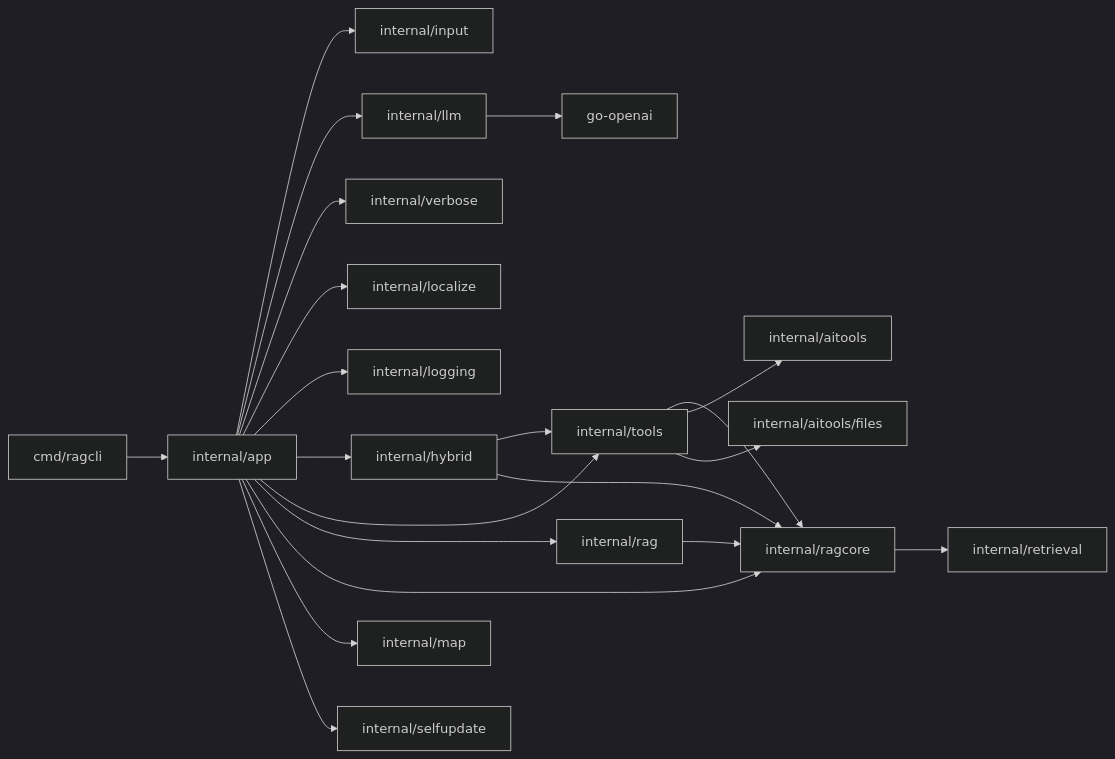
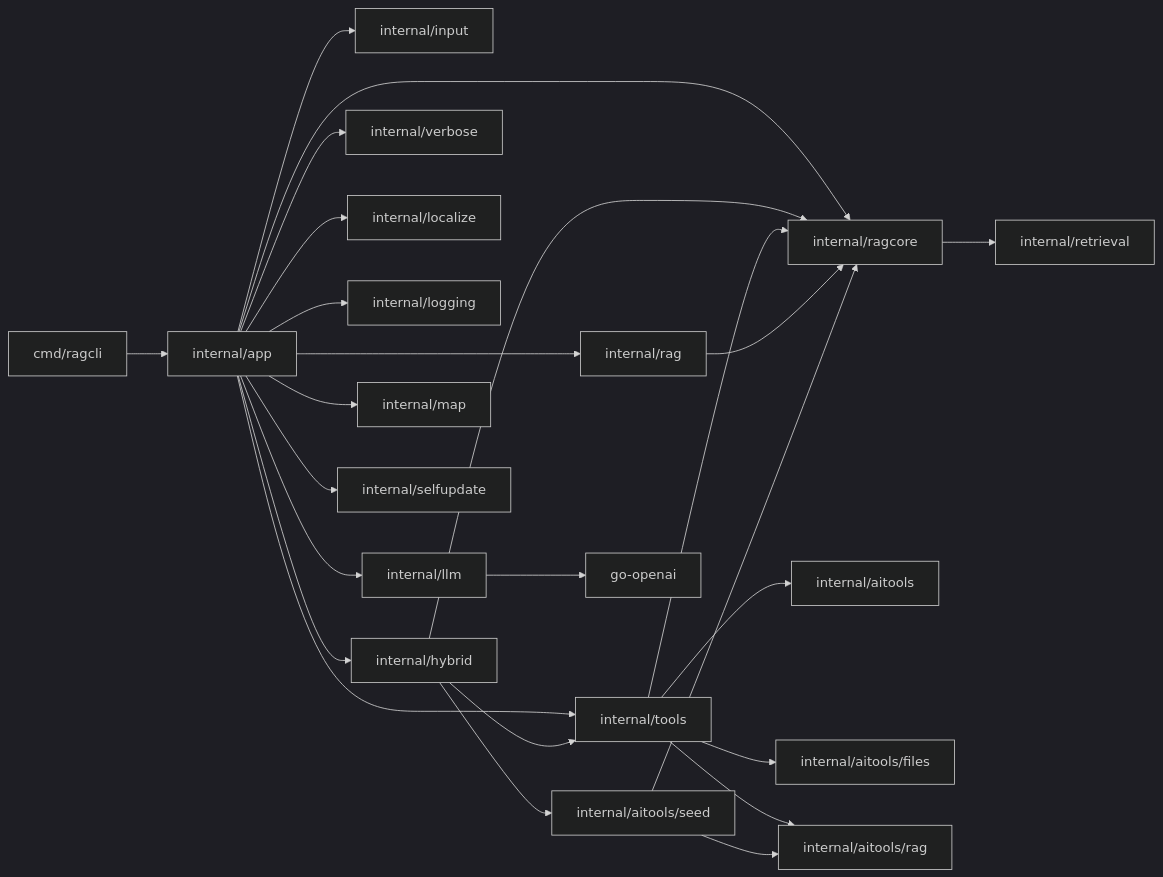
Before and after one commit to borro/ragcli: the first of 4 diagrams in doc/architecture.md, drawn with Mermaid (dark theme). The commit also changed other lines of this file and 42 other files, not shown here.

Commit message:
* aitools: refactoring aitools and ragcore;

````diff
--- a/doc/architecture.md
+++ b/doc/architecture.md
@@ -16,23 +16,27 @@
 ```mermaid
 flowchart LR
     main["cmd/ragcli"] --> app["internal/app"]
     app --> input["internal/input"]
     app --> llm["internal/llm"]
     app --> verbose["internal/verbose"]
     app --> localize["internal/localize"]
     app --> logging["internal/logging"]
     app --> hybrid["internal/hybrid"]
     app --> tools["internal/tools"]
     app --> rag["internal/rag"]
     app --> ragcore["internal/ragcore"]
     app --> map["internal/map"]
     app --> selfupdate["internal/selfupdate"]
     hybrid --> tools
     hybrid --> ragcore
     tools --> ragcore
     rag --> ragcore
     ragcore --> retrieval["internal/retrieval"]
     tools --> aitools["internal/aitools"]
     tools --> aitoolsfiles["internal/aitools/files"]
+    tools --> aitoolsrag["internal/aitools/rag"]
+    hybrid --> aitoolsseed["internal/aitools/seed"]
+    aitoolsseed --> aitoolsrag
+    aitoolsseed --> ragcore
     llm --> goopenai["go-openai"]
 ```
````
